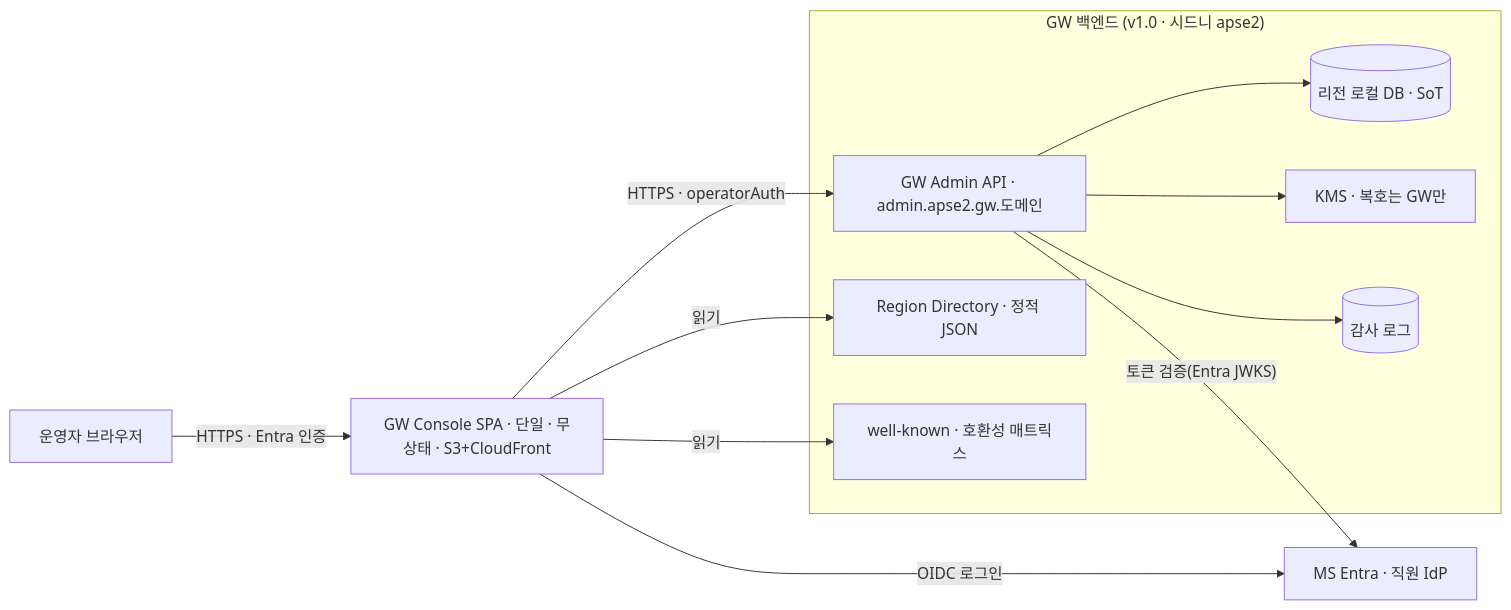
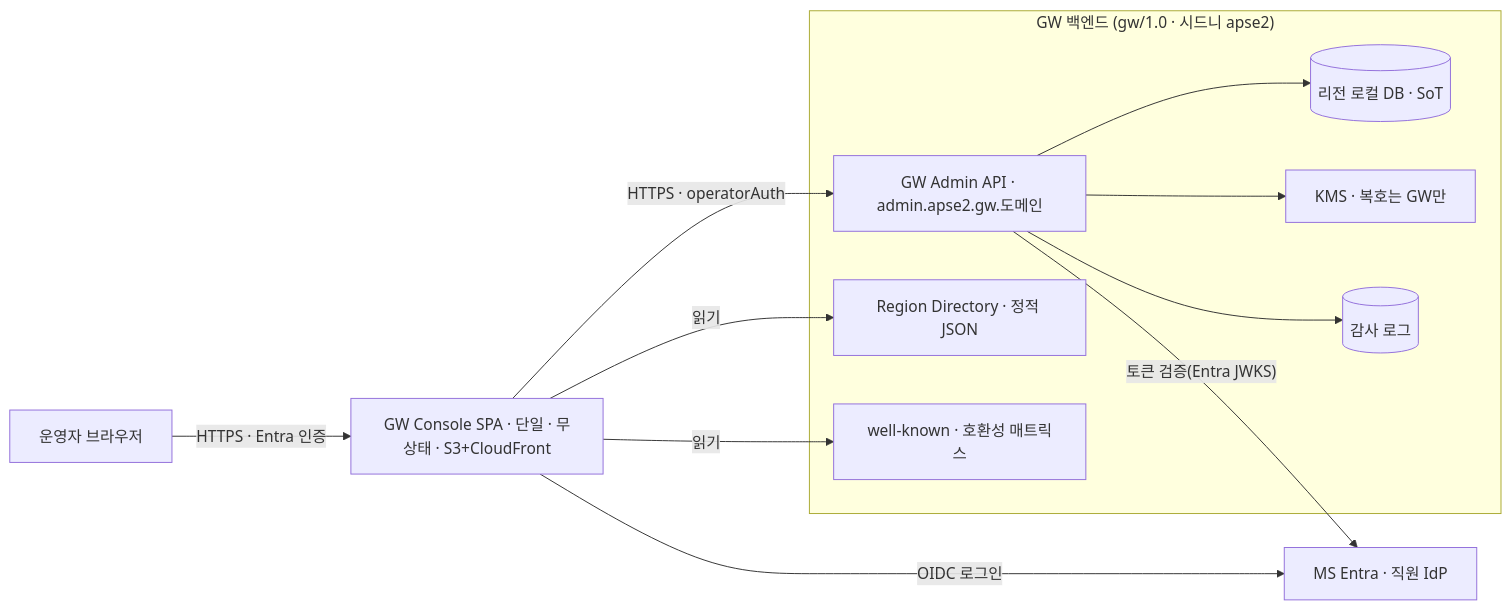
One commit to gracegyu/scp-architecture changed the first of 11 diagrams in docs/VT_API_Gateway/08.VT_API_Gateway/specs/03c-subsrs-gw-console/SRS.md. Above: the diagram before and after it, drawn with Mermaid. The commit also changed other lines of this file and 1 other file, not shown here.

````diff
--- a/docs/VT_API_Gateway/08.VT_API_Gateway/specs/03c-subsrs-gw-console/SRS.md
+++ b/docs/VT_API_Gateway/08.VT_API_Gateway/specs/03c-subsrs-gw-console/SRS.md
@@ -120,20 +125,20 @@
 ```mermaid
 flowchart LR
   OP["운영자 브라우저"] -->|"HTTPS · Entra 인증"| C["GW Console SPA · 단일 · 무상태 · S3+CloudFront"]
   C -->|"OIDC 로그인"| E["MS Entra · 직원 IdP"]
-  subgraph GW["GW 백엔드 (v1.0 · 시드니 apse2)"]
+  subgraph GW["GW 백엔드 (gw/1.0 · 시드니 apse2)"]
     A["GW Admin API · admin.apse2.gw.도메인"]
     DB[("리전 로컬 DB · SoT")]
     KMS["KMS · 복호는 GW만"]
     AUD[("감사 로그")]
     RD["Region Directory · 정적 JSON"]
     WK["well-known · 호환성 매트릭스"]
     A --> DB
     A --> KMS
     A --> AUD
   end
   C -->|"HTTPS · operatorAuth"| A
   A -->|"토큰 검증(Entra JWKS)"| E
   C -->|"읽기"| RD
   C -->|"읽기"| WK
 ```
````
